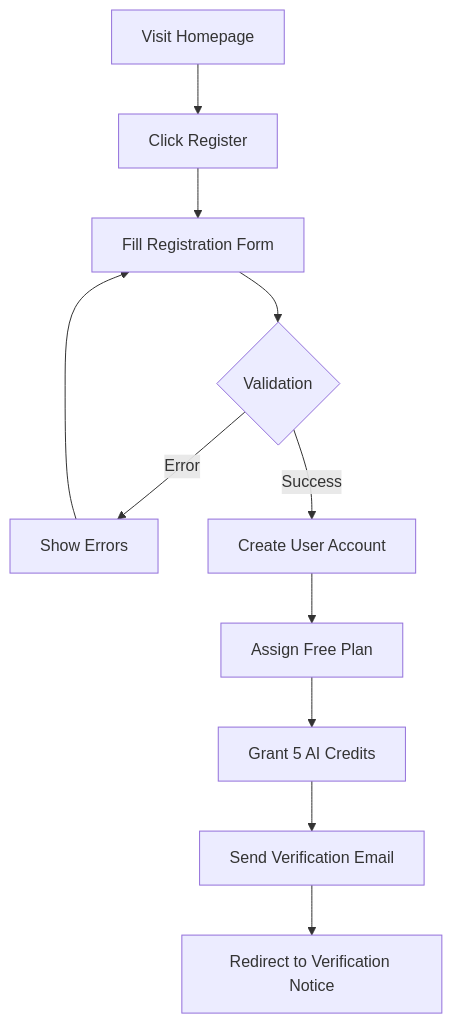
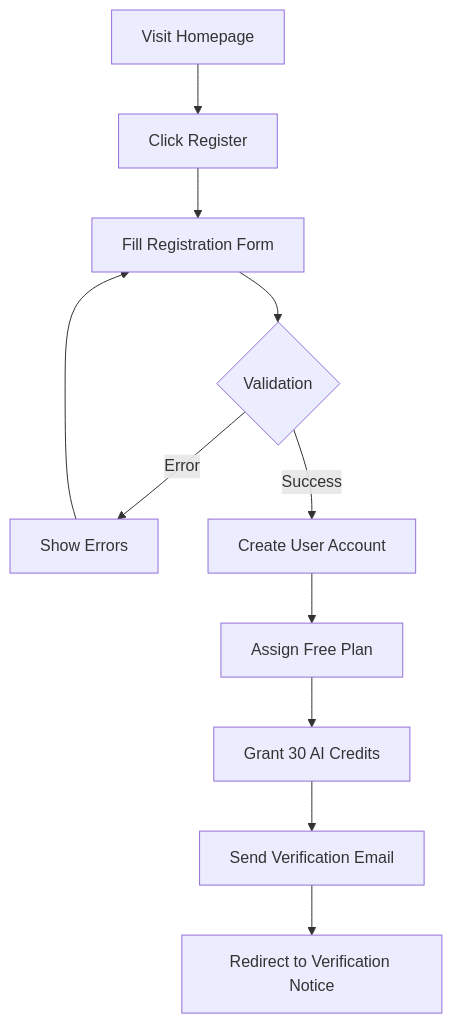
The first of 16 diagrams in docs/USER_WORKFLOWS.md (menaemg/Mudakkik), drawn with Mermaid before and after one commit. The commit also changed other lines of this file and 4 other files, not shown here.

````diff
--- a/docs/USER_WORKFLOWS.md
+++ b/docs/USER_WORKFLOWS.md
@@ -30,13 +30,13 @@
 ```mermaid
 flowchart TD
     A[Visit Homepage] --> B[Click Register]
     B --> C[Fill Registration Form]
     C --> D{Validation}
     D -->|Error| E[Show Errors]
     E --> C
     D -->|Success| F[Create User Account]
     F --> G[Assign Free Plan]
-    G --> H[Grant 5 AI Credits]
+    G --> H[Grant 30 AI Credits]
     H --> I[Send Verification Email]
     I --> J[Redirect to Verification Notice]
 ```
````
